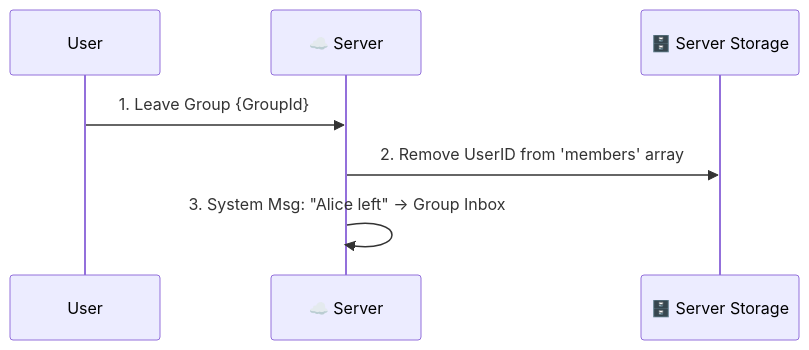
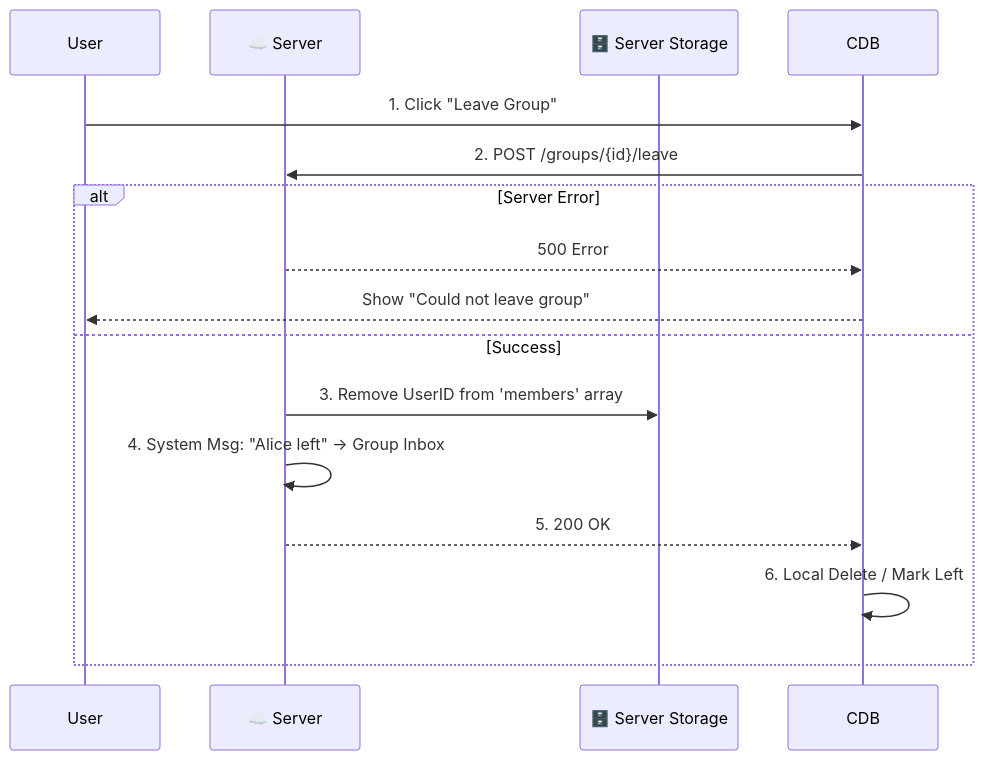
Before and after one commit to pingappduniya-oss/Ping-App-Complete-Use-Case-Flows-Technical-Deep-Dive-: diagram 11 of 18 in CompleteUseCaseFlows.md, drawn with Mermaid. The commit also changed other lines of this file, not shown here.

````diff
--- a/CompleteUseCaseFlows.md
+++ b/CompleteUseCaseFlows.md
@@ -303,10 +316,19 @@
 ```mermaid
 sequenceDiagram
     participant User
     participant Server as ☁️ Server
     participant SS as 🗄️ Server Storage
 
-    User->>Server: 1. Leave Group {GroupId}
-    Server->>SS: 2. Remove UserID from 'members' array
-    Server->>Server: 3. System Msg: "Alice left" -> Group Inbox
+    User->>CDB: 1. Click "Leave Group"
+    CDB->>Server: 2. POST /groups/{id}/leave
+    
+    alt Server Error
+        Server-->>CDB: 500 Error
+        CDB-->>User: Show "Could not leave group"
+    else Success
+        Server->>SS: 3. Remove UserID from 'members' array
+        Server->>Server: 4. System Msg: "Alice left" -> Group Inbox
+        Server-->>CDB: 5. 200 OK
+        CDB->>CDB: 6. Local Delete / Mark Left
+    end
 ```
````
